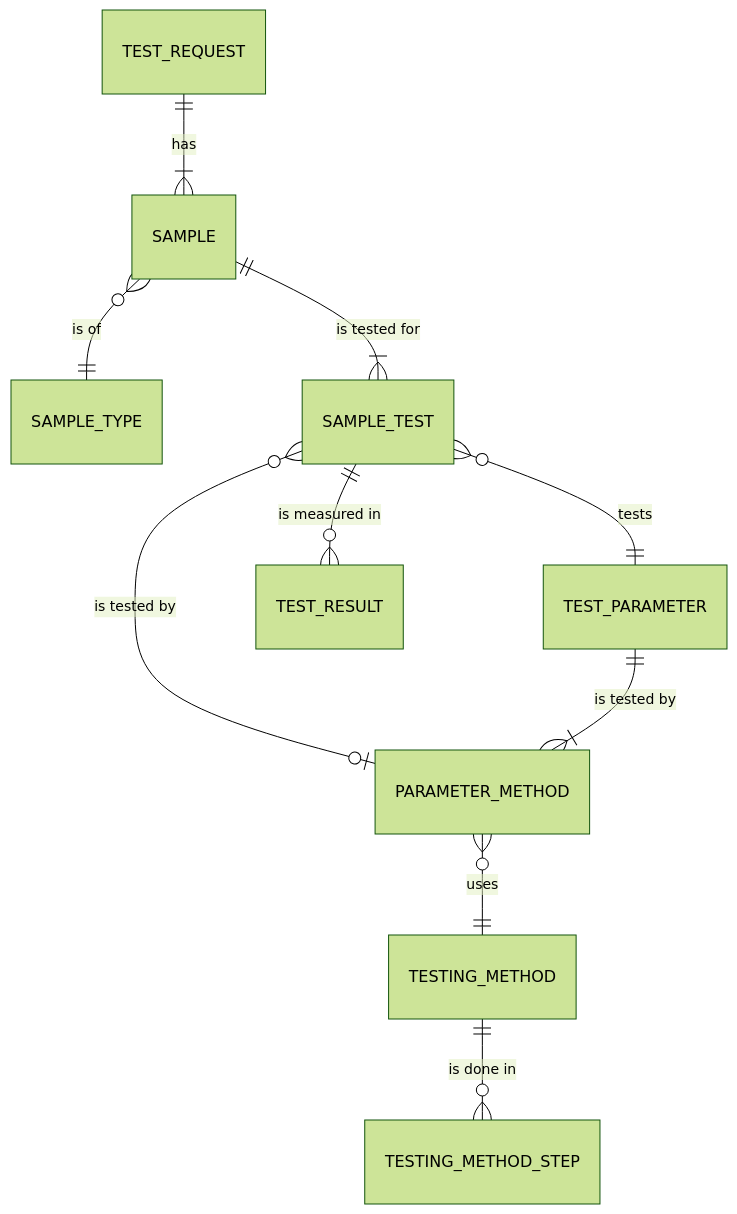
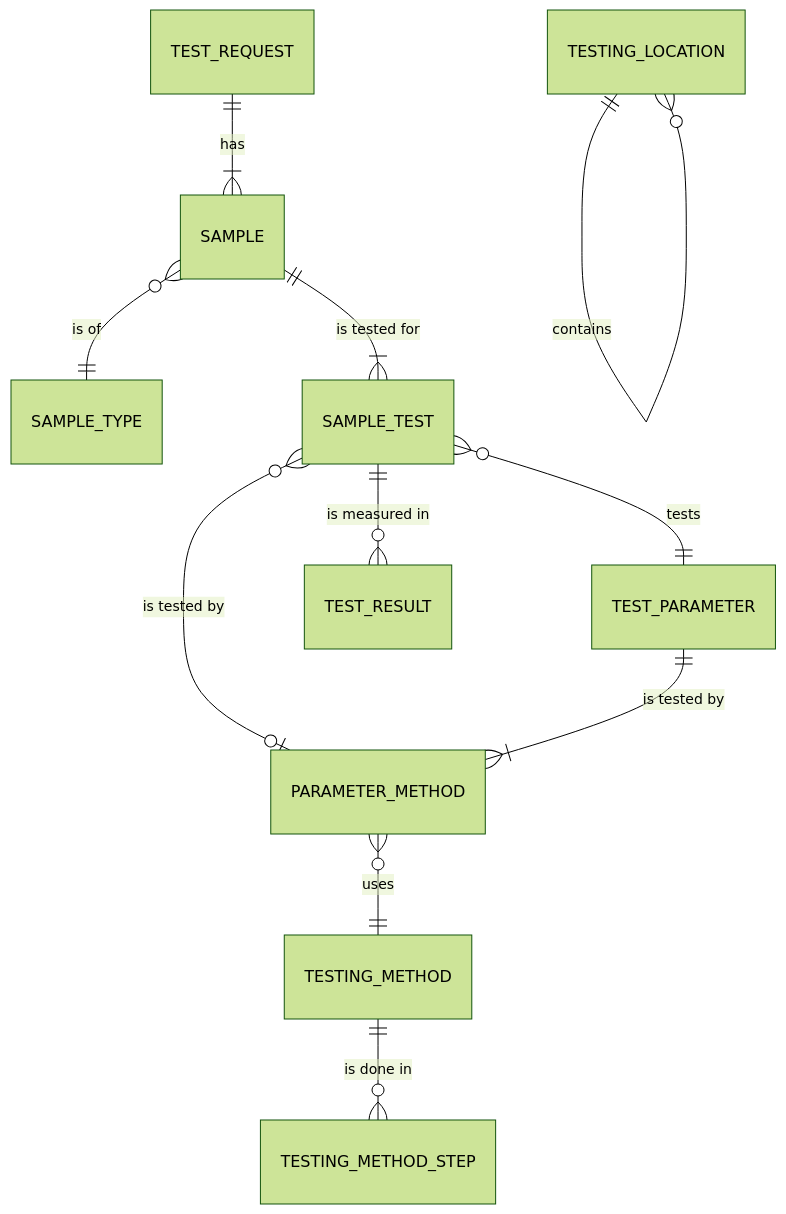
Before and after one commit to SoltuneMontepre/medilab: the first of 6 diagrams in docs/functional/laboratory_module/overview.md, drawn with Mermaid (forest theme). The commit also changed 4 other files, not shown here.

````diff
--- a/docs/functional/laboratory_module/overview.md
+++ b/docs/functional/laboratory_module/overview.md
@@ -14,12 +14,13 @@
 ```mermaid
 erDiagram
     TEST_REQUEST ||--|{ SAMPLE : has
     SAMPLE }o--|| SAMPLE_TYPE : "is of"
     SAMPLE ||--|{ SAMPLE_TEST : "is tested for"
     SAMPLE_TEST }o--|| TEST_PARAMETER : tests
     SAMPLE_TEST }o--o| PARAMETER_METHOD : "is tested by"
     TEST_PARAMETER ||--|{ PARAMETER_METHOD : "is tested by"
     PARAMETER_METHOD }o--|| TESTING_METHOD : uses
     TESTING_METHOD ||--o{ TESTING_METHOD_STEP : "is done in"
+    TESTING_LOCATION ||--o{ TESTING_LOCATION : contains
     SAMPLE_TEST ||--o{ TEST_RESULT : "is measured in"
 ```
````
